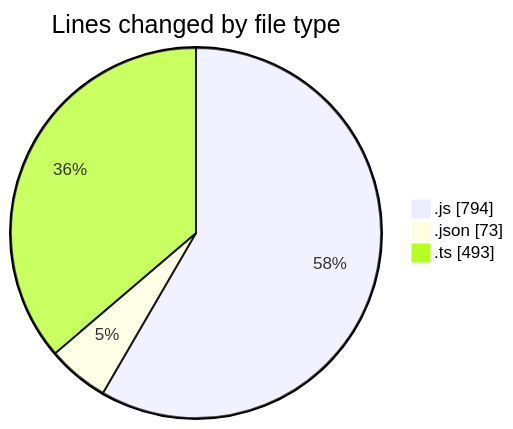
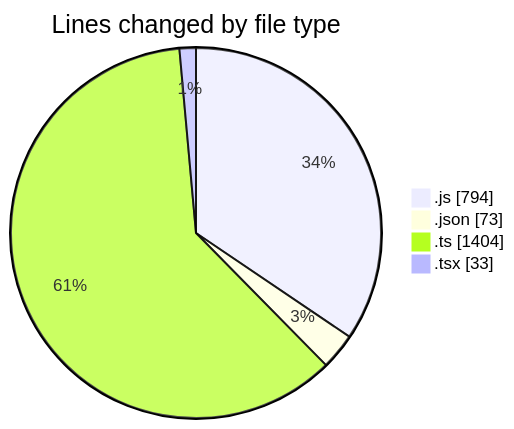
One commit to momahboobian/code-tracking changed the first of 2 diagrams in 2026-03-23/cda/README.md. Above: the diagram before and after it, drawn with Mermaid. The commit also changed other lines of this file and 1 other file, not shown here.

````diff
--- a/2026-03-23/cda/README.md
+++ b/2026-03-23/cda/README.md
@@ -24,7 +27,8 @@
 ```mermaid
 pie showData
 title Lines changed by file type
 ".js" : 794
 ".json" : 73
-".ts" : 493
+".ts" : 1404
+".tsx" : 33
 ```
````
